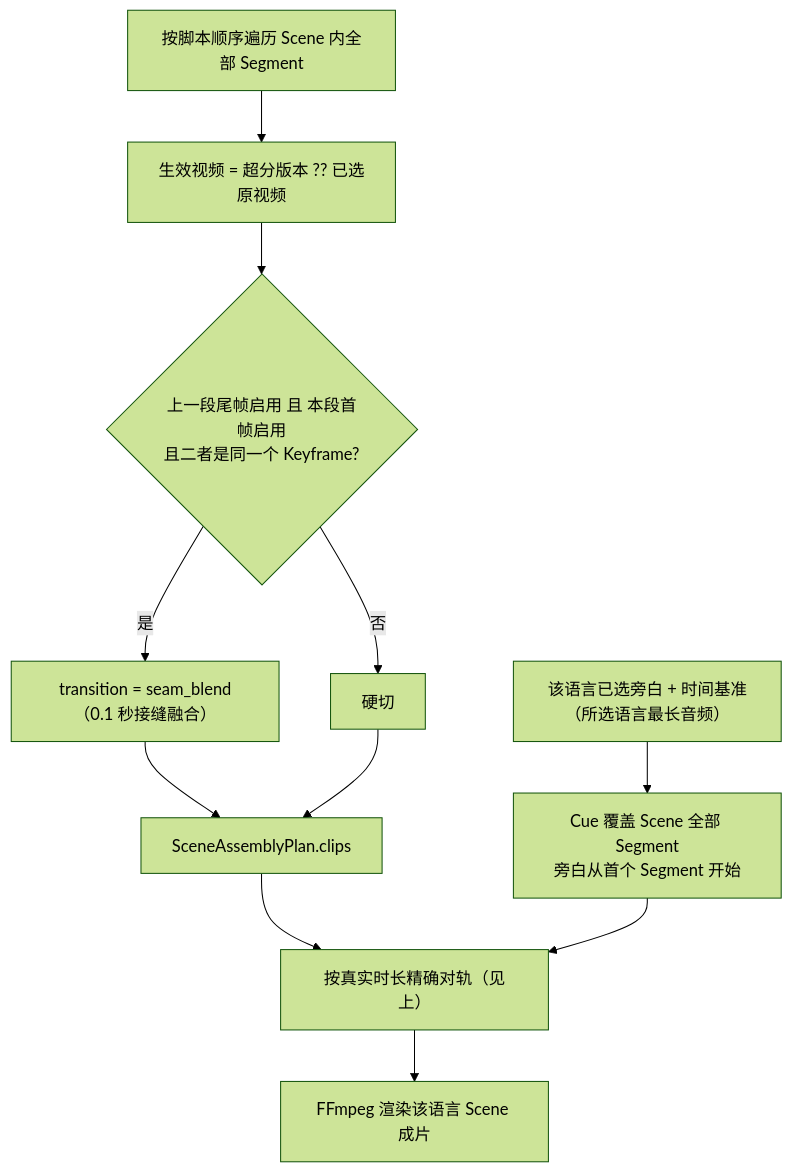
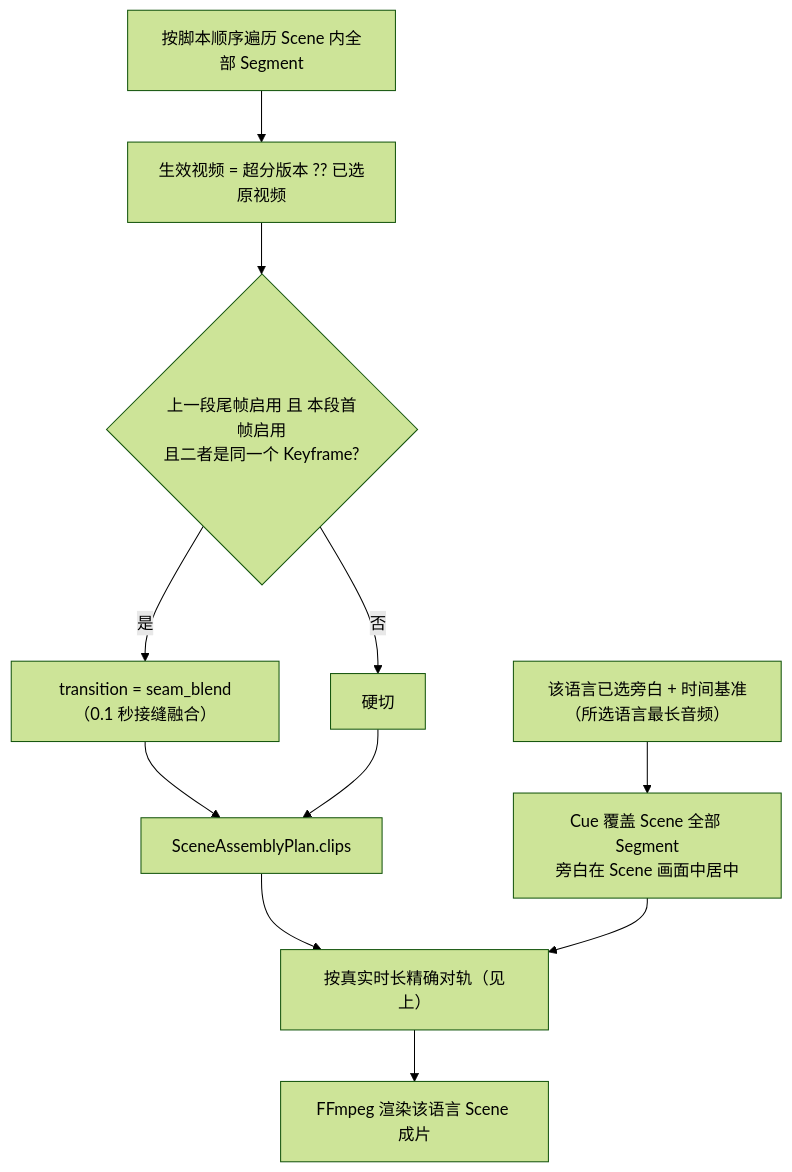
The seventh of 10 diagrams in docs/data-flow.md (LJXLJXLJX/StoryRail), drawn with Mermaid (forest theme) before and after one commit. The commit also changed other lines of this file and 14 other files, not shown here.

````diff
--- a/docs/data-flow.md
+++ b/docs/data-flow.md
@@ -220,11 +226,11 @@
 ```mermaid
 flowchart TB
     segs[按脚本顺序遍历 Scene 内全部 Segment] --> eff[生效视频 = 超分版本 ?? 已选原视频]
     eff --> trans{上一段尾帧启用 且 本段首帧启用<br/>且二者是同一个 Keyframe?}
     trans -- 是 --> blend[transition = seam_blend（0.1 秒接缝融合）]
     trans -- 否 --> cut[硬切]
     blend & cut --> clips[SceneAssemblyPlan.clips]
-    cue[该语言已选旁白 + 时间基准（所选语言最长音频）] --> place[Cue 覆盖 Scene 全部 Segment<br/>旁白从首个 Segment 开始]
+    cue[该语言已选旁白 + 时间基准（所选语言最长音频）] --> place[Cue 覆盖 Scene 全部 Segment<br/>旁白在 Scene 画面中居中]
     clips & place --> align[按真实时长精确对轨（见上）]
     align --> render[FFmpeg 渲染该语言 Scene 成片]
 ```
````
